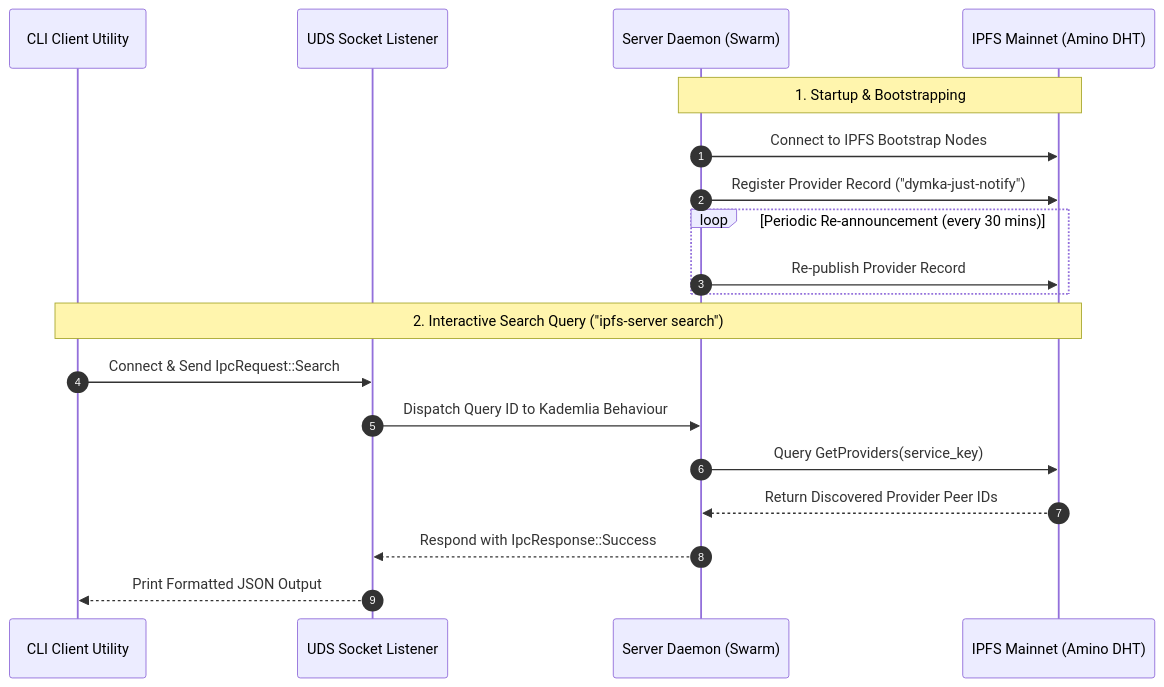
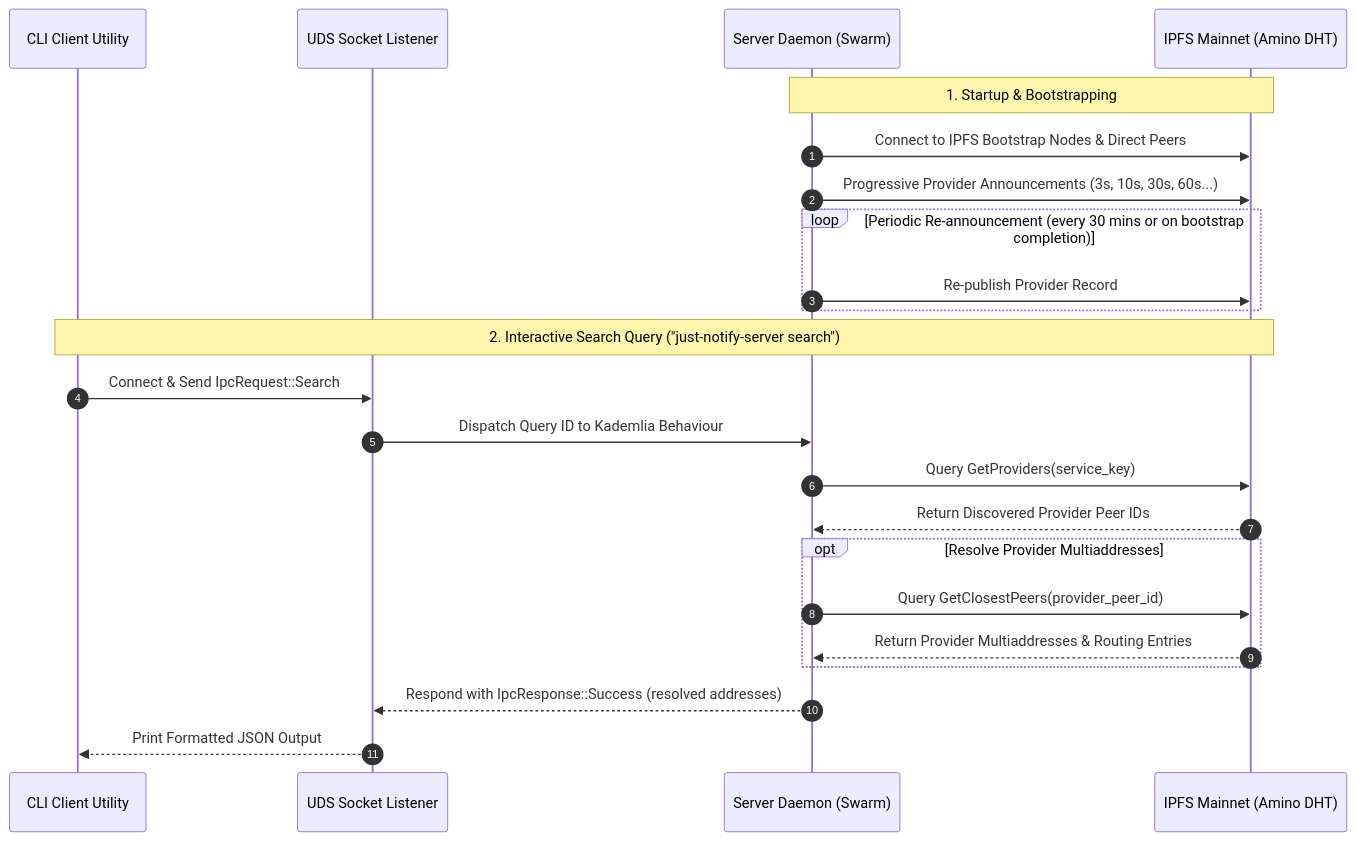
Before and after one commit to denisglotov/just-notify-server: the second of 2 diagrams in README.md, drawn with Mermaid. The commit also changed other lines of this file and 10 other files, not shown here.

````diff
--- a/README.md
+++ b/README.md
@@ -47,24 +68,28 @@
 ```mermaid
 sequenceDiagram
     autonumber
     participant CLI as CLI Client Utility
     participant Socket as UDS Socket Listener
     participant Daemon as Server Daemon (Swarm)
     participant IPFS as IPFS Mainnet (Amino DHT)
 
     Note over Daemon, IPFS: 1. Startup & Bootstrapping
-    Daemon->>IPFS: Connect to IPFS Bootstrap Nodes
-    Daemon->>IPFS: Register Provider Record ("dymka-just-notify")
+    Daemon->>IPFS: Connect to IPFS Bootstrap Nodes & Direct Peers
+    Daemon->>IPFS: Progressive Provider Announcements (3s, 10s, 30s, 60s...)
 
-    loop Periodic Re-announcement (every 30 mins)
+    loop Periodic Re-announcement (every 30 mins or on bootstrap completion)
         Daemon->>IPFS: Re-publish Provider Record
     end
 
-    Note over CLI, IPFS: 2. Interactive Search Query ("ipfs-server search")
+    Note over CLI, IPFS: 2. Interactive Search Query ("just-notify-server search")
     CLI->>Socket: Connect & Send IpcRequest::Search
     Socket->>Daemon: Dispatch Query ID to Kademlia Behaviour
     Daemon->>IPFS: Query GetProviders(service_key)
     IPFS-->>Daemon: Return Discovered Provider Peer IDs
-    Daemon-->>Socket: Respond with IpcResponse::Success
+    opt Resolve Provider Multiaddresses
+        Daemon->>IPFS: Query GetClosestPeers(provider_peer_id)
+        IPFS-->>Daemon: Return Provider Multiaddresses & Routing Entries
+    end
+    Daemon-->>Socket: Respond with IpcResponse::Success (resolved addresses)
     Socket-->>CLI: Print Formatted JSON Output
 ```
````
